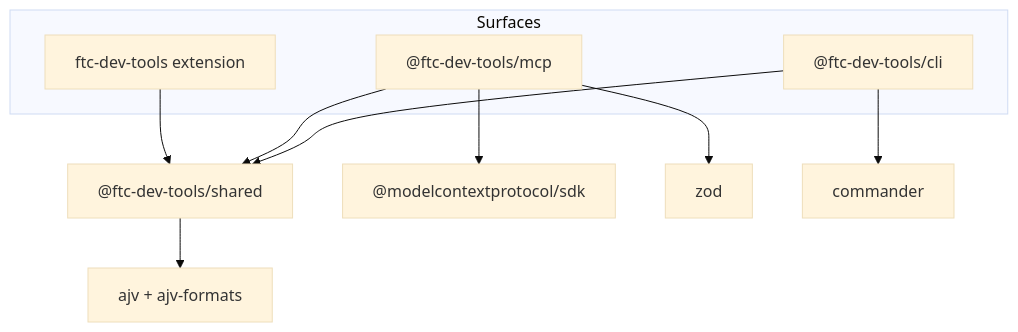
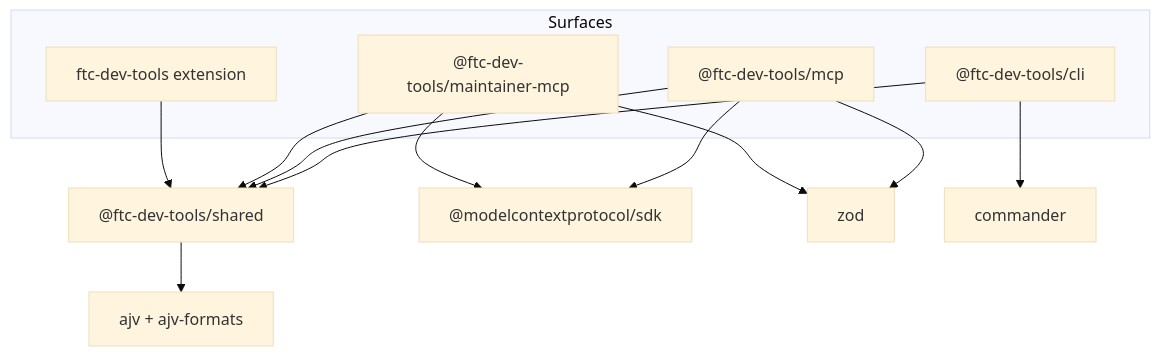
The first of 2 diagrams in docs/architecture/repository-inventory.md (The-Allsparks/ftc-dev-tools), drawn with Mermaid (base theme) before and after one commit. The commit also changed other lines of this file and 2 other files, not shown here.

````diff
--- a/docs/architecture/repository-inventory.md
+++ b/docs/architecture/repository-inventory.md
@@ -25,16 +39,20 @@
 ```mermaid
 graph TD
   subgraph surfaces [Surfaces]
     CLI["@ftc-dev-tools/cli"]
     MCP["@ftc-dev-tools/mcp"]
+    MaintMCP["@ftc-dev-tools/maintainer-mcp"]
     VSCode["ftc-dev-tools extension"]
   end
   Shared["@ftc-dev-tools/shared"]
   CLI --> Shared
   MCP --> Shared
+  MaintMCP --> Shared
   VSCode --> Shared
   MCP --> MCPSDK["@modelcontextprotocol/sdk"]
   MCP --> Zod["zod"]
+  MaintMCP --> MCPSDK
+  MaintMCP --> Zod
   CLI --> Commander["commander"]
   Shared --> Ajv["ajv + ajv-formats"]
 ```
````
